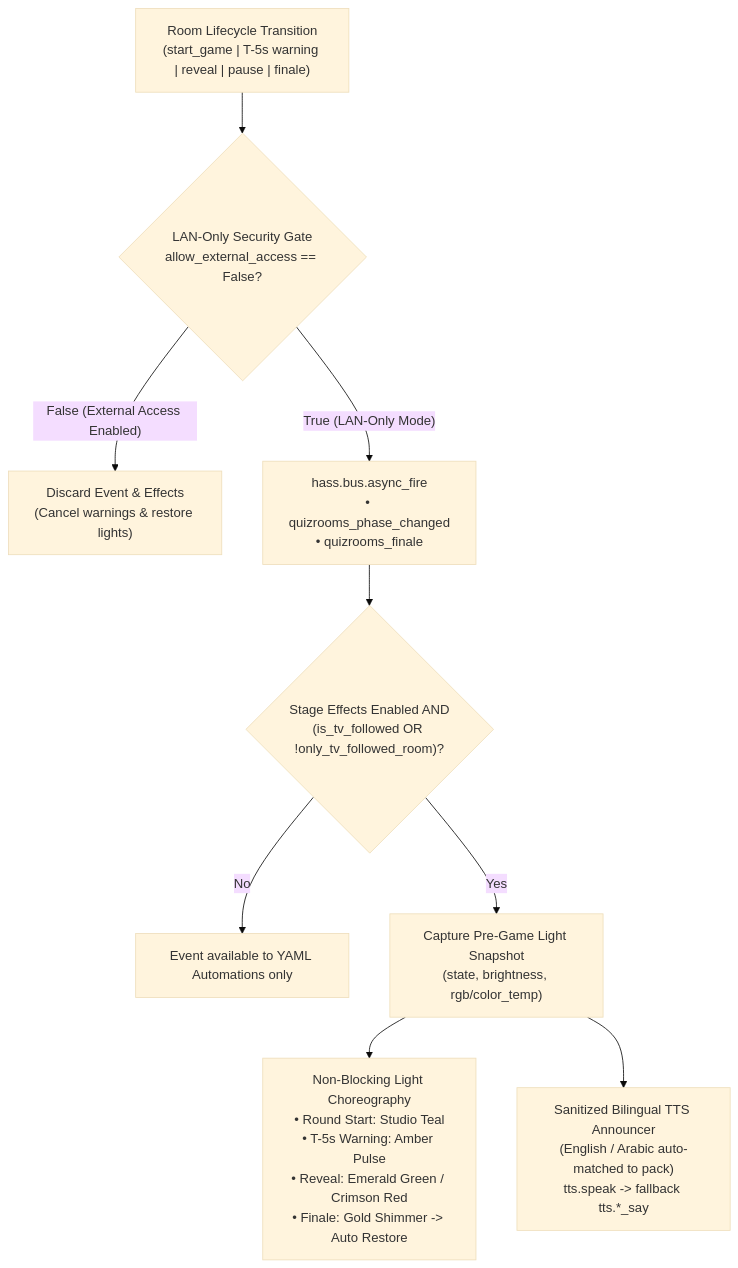
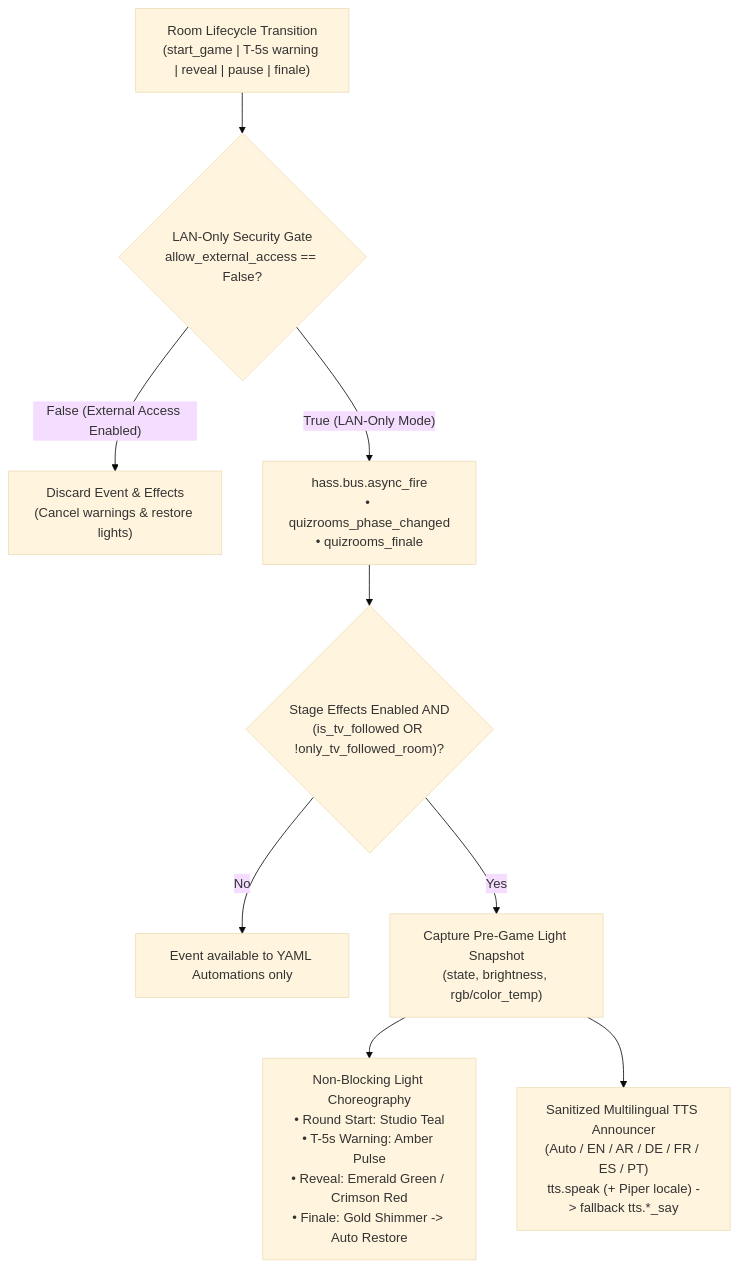
Before and after one commit to modestpharaoh/hass-quiz-rooms: the sixth of 6 diagrams in docs/ARCHITECTURE.md, drawn with Mermaid (base theme). The commit also changed other lines of this file and 13 other files, not shown here.

````diff
--- a/docs/ARCHITECTURE.md
+++ b/docs/ARCHITECTURE.md
@@ -257,11 +268,11 @@
 ```mermaid
 flowchart TD
     TRANS["Room Lifecycle Transition\n(start_game | T-5s warning | reveal | pause | finale)"] --> GATE{"LAN-Only Security Gate\nallow_external_access == False?"}
     GATE -- "False (External Access Enabled)" --> DROP["Discard Event & Effects\n(Cancel warnings & restore lights)"]
     GATE -- "True (LAN-Only Mode)" --> BUS["hass.bus.async_fire\n• quizrooms_phase_changed\n• quizrooms_finale"]
     BUS --> SCOPE{"Stage Effects Enabled AND\n(is_tv_followed OR !only_tv_followed_room)?"}
     SCOPE -- "No" --> DONE["Event available to YAML Automations only"]
     SCOPE -- "Yes" --> SNAP["Capture Pre-Game Light Snapshot\n(state, brightness, rgb/color_temp)"]
     SNAP --> LIGHTS["Non-Blocking Light Choreography\n• Round Start: Studio Teal\n• T-5s Warning: Amber Pulse\n• Reveal: Emerald Green / Crimson Red\n• Finale: Gold Shimmer -> Auto Restore"]
-    SNAP --> TTS["Sanitized Bilingual TTS Announcer\n(English / Arabic auto-matched to pack)\ntts.speak -> fallback tts.*_say"]
+    SNAP --> TTS["Sanitized Multilingual TTS Announcer\n(Auto / EN / AR / DE / FR / ES / PT)\ntts.speak (+ Piper locale) -> fallback tts.*_say"]
 ```
````
